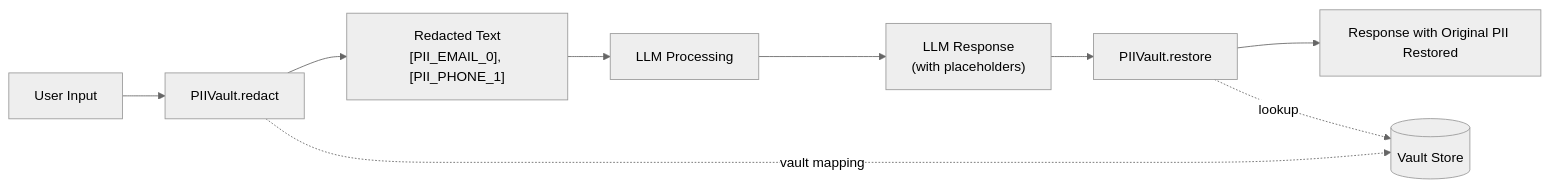
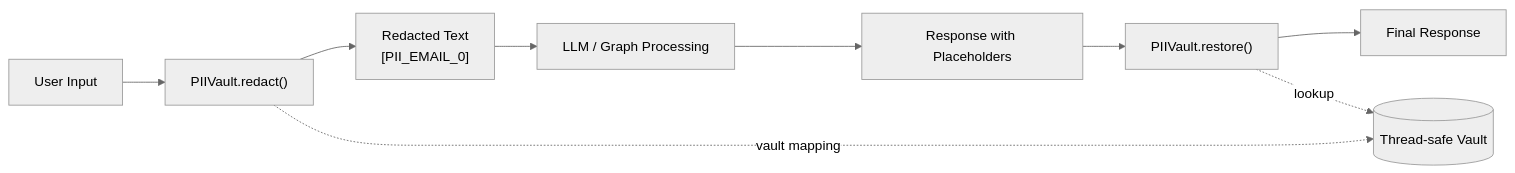
The sixth of 6 diagrams in services/ai-orchestrator-service/README.md (sunitakeazycommerz-a11y/InstaCommerce), drawn with Mermaid (neutral theme) before and after one commit. The commit also changed other lines of this file and 554 other files, not shown here.

````diff
--- a/services/ai-orchestrator-service/README.md
+++ b/services/ai-orchestrator-service/README.md
@@ -194,12 +323,11 @@
 ```mermaid
-graph LR
-    A[User Input] --> B[PIIVault.redact]
-    B --> C["Redacted Text<br/>[PII_EMAIL_0], [PII_PHONE_1]"]
-    C --> D[LLM Processing]
-    D --> E["LLM Response<br/>(with placeholders)"]
-    E --> F[PIIVault.restore]
-    F --> G[Response with Original PII Restored]
-
-    B -.->|vault mapping| V[(Vault Store)]
-    F -.->|lookup| V
+flowchart LR
+    A["User Input"] --> B["PIIVault.redact()"]
+    B --> C["Redacted Text\n[PII_EMAIL_0]"]
+    C --> D["LLM / Graph Processing"]
+    D --> E["Response with Placeholders"]
+    E --> F["PIIVault.restore()"]
+    F --> G["Final Response"]
+    B -.->|"vault mapping"| V[("Thread-safe Vault")]
+    F -.->|"lookup"| V
 ```
````
